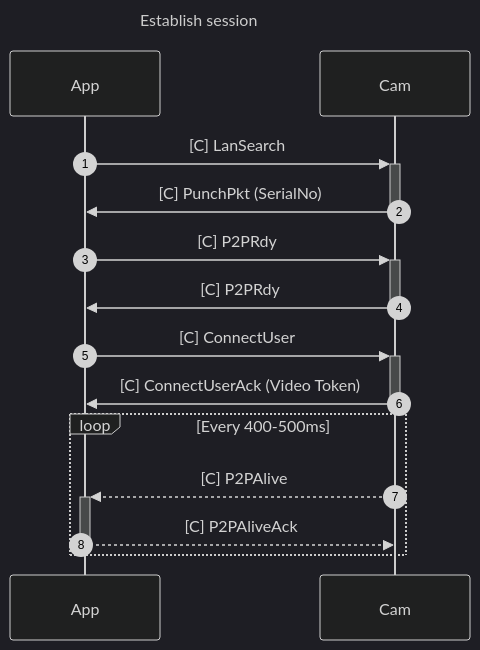
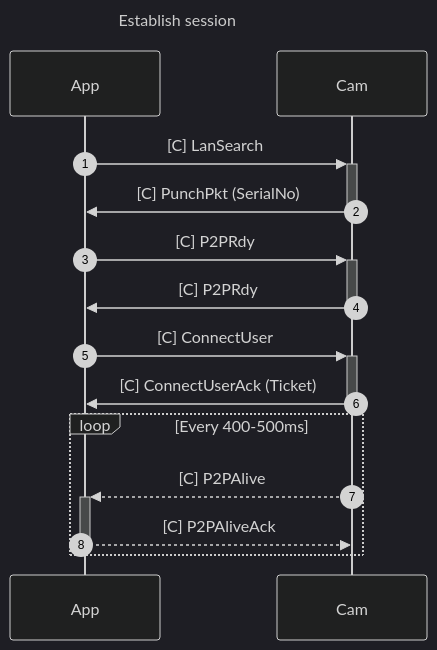
The first of 2 diagrams in README.md (DavidVentura/cam-reverse), drawn with Mermaid (dark theme) before and after one commit. The commit also changed other lines of this file, not shown here.

Commit message:
token->ticket

````diff
--- a/README.md
+++ b/README.md
@@ -52,19 +52,19 @@
 ```mermaid
 ---
 title: Establish session
 ---
 
 sequenceDiagram
 	autonumber
     App->>+Cam: [C] LanSearch
     Cam->>-App: [C] PunchPkt (SerialNo)
     App->>+Cam: [C] P2PRdy
     Cam->>-App: [C] P2PRdy
     App->>+Cam: [C] ConnectUser
-    Cam->>-App: [C] ConnectUserAck (Video Token)
+    Cam->>-App: [C] ConnectUserAck (Ticket)
    
    loop Every 400-500ms
         Cam-->>+App: [C] P2PAlive
         App-->>-Cam: [C] P2PAliveAck
     end
 ```
````
